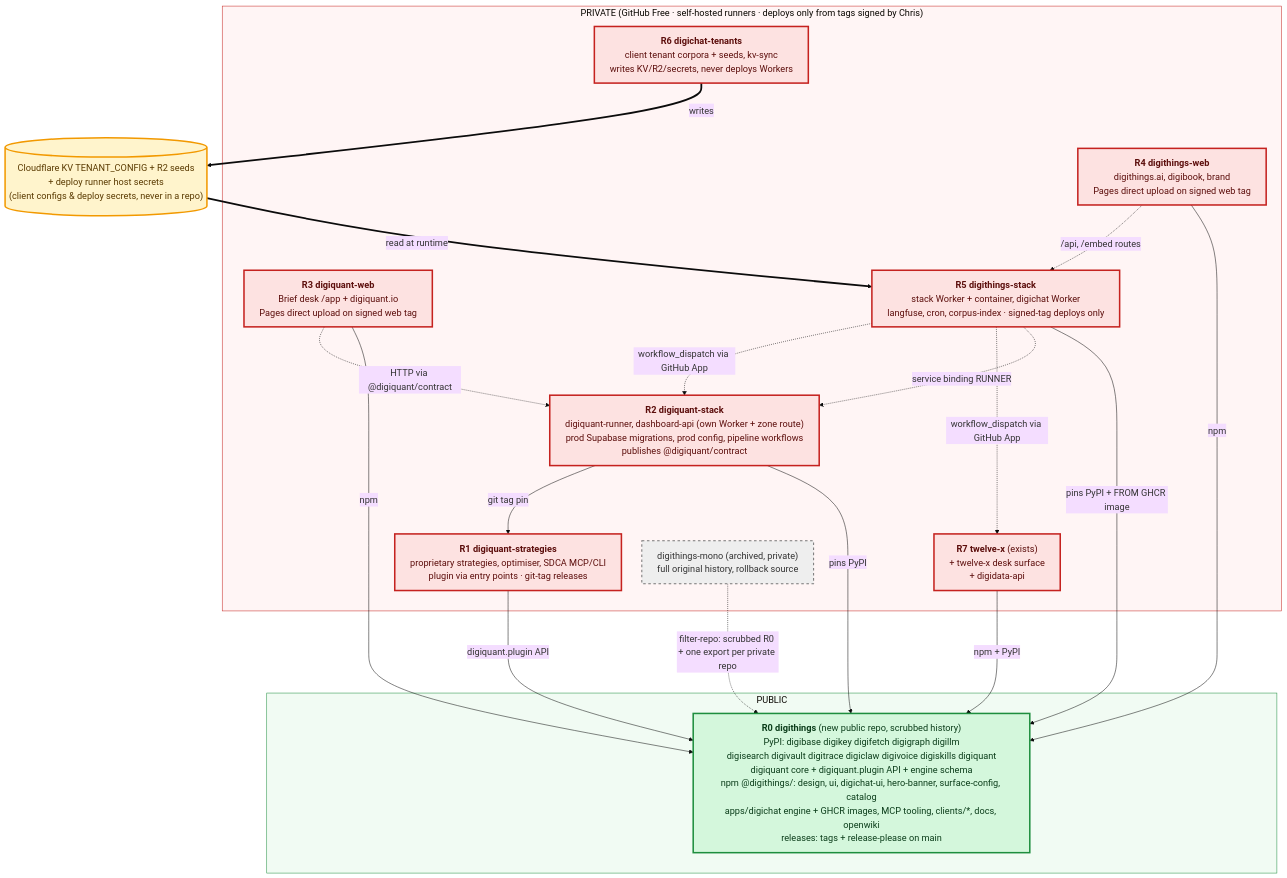
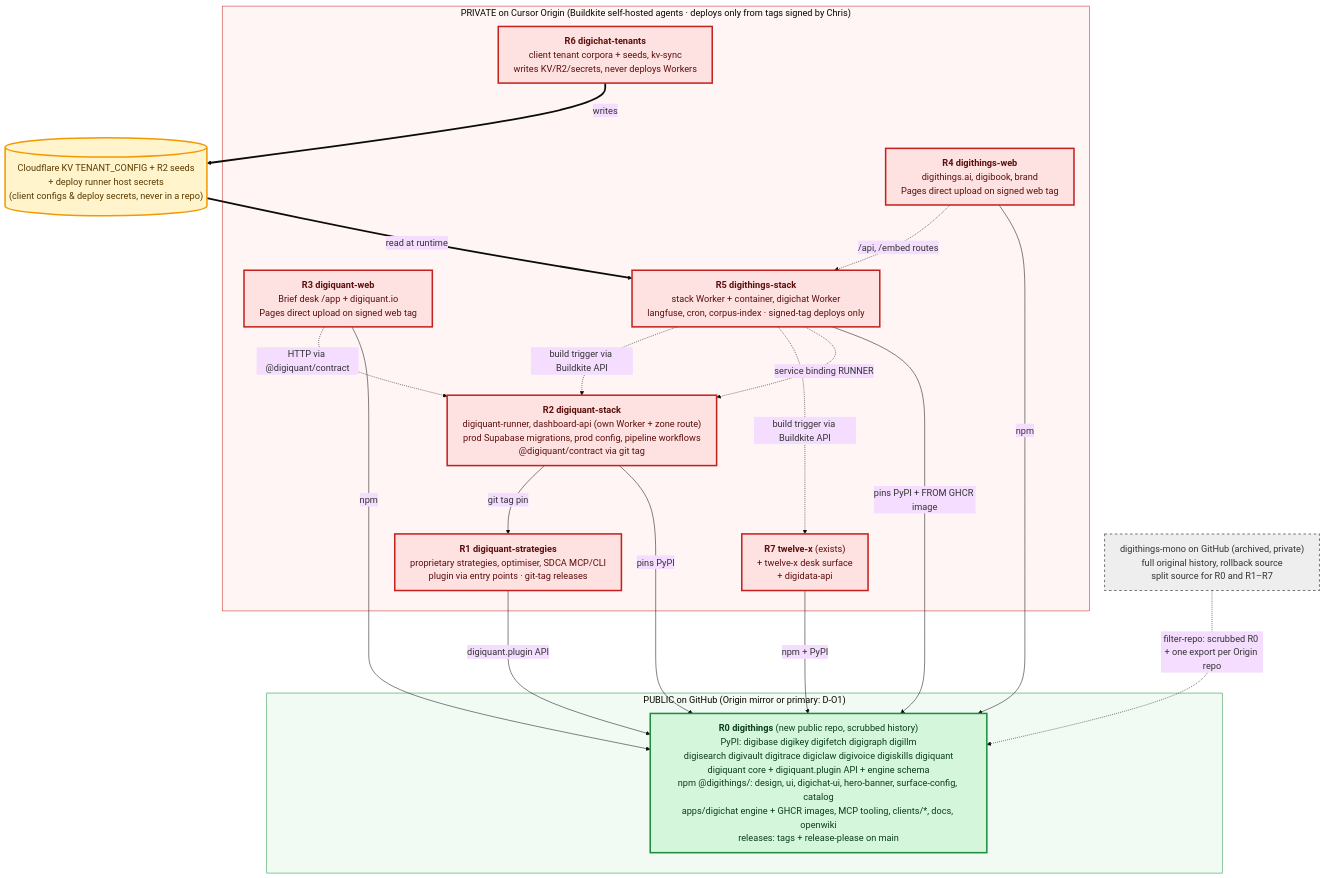
One commit to digithings-ai/digithings changed the diagram in docs/repo-split/repo-split.mmd. Above: the diagram before and after it, drawn with Mermaid. The commit also changed 5 other files, not shown here.

First line of the commit message:
docs(repo-split): fold Cursor Origin direction into review, plan and decisions (DIG-3518)

```diff
--- a/docs/repo-split/repo-split.mmd
+++ b/docs/repo-split/repo-split.mmd
@@ -1,40 +1,40 @@
 %%{init: {'theme':'base','themeVariables':{'fontSize':'18px'},'flowchart':{'curve':'basis','nodeSpacing':40,'rankSpacing':80,'wrappingWidth':600}}}%%
 flowchart TB
-  subgraph PUB["PUBLIC"]
+  subgraph PUB["PUBLIC on GitHub (Origin mirror or primary: D-O1)"]
     R0["<b>R0 digithings</b> (new public repo, scrubbed history)<br/>PyPI: digibase digikey digifetch digigraph digillm<br/>digisearch digivault digitrace digiclaw digivoice digiskills digiquant<br/>digiquant core + digiquant.plugin API + engine schema<br/>npm @digithings/: design, ui, digichat-ui, hero-banner, surface-config, catalog<br/>apps/digichat engine + GHCR images, MCP tooling, clients/*, docs, openwiki<br/>releases: tags + release-please on main"]
   end
-  subgraph PRIV["PRIVATE (GitHub Free · self-hosted runners · deploys only from tags signed by Chris)"]
+  subgraph PRIV["PRIVATE on Cursor Origin (Buildkite self-hosted agents · deploys only from tags signed by Chris)"]
     R1["<b>R1 digiquant-strategies</b><br/>proprietary strategies, optimiser, SDCA MCP/CLI<br/>plugin via entry points · git-tag releases"]
-    R2["<b>R2 digiquant-stack</b><br/>digiquant-runner, dashboard-api (own Worker + zone route)<br/>prod Supabase migrations, prod config, pipeline workflows<br/>publishes @digiquant/contract"]
+    R2["<b>R2 digiquant-stack</b><br/>digiquant-runner, dashboard-api (own Worker + zone route)<br/>prod Supabase migrations, prod config, pipeline workflows<br/>@digiquant/contract via git tag"]
     R3["<b>R3 digiquant-web</b><br/>Brief desk /app + digiquant.io<br/>Pages direct upload on signed web tag"]
     R4["<b>R4 digithings-web</b><br/>digithings.ai, digibook, brand<br/>Pages direct upload on signed web tag"]
     R5["<b>R5 digithings-stack</b><br/>stack Worker + container, digichat Worker<br/>langfuse, cron, corpus-index · signed-tag deploys only"]
     R6["<b>R6 digichat-tenants</b><br/>client tenant corpora + seeds, kv-sync<br/>writes KV/R2/secrets, never deploys Workers"]
     R7["<b>R7 twelve-x</b> (exists)<br/>+ twelve-x desk surface<br/>+ digidata-api"]
-    MONO["digithings-mono (archived, private)<br/>full original history, rollback source"]
   end
+  MONO["digithings-mono on GitHub (archived, private)<br/>full original history, rollback source<br/>split source for R0 and R1–R7"]
   KV[("Cloudflare KV TENANT_CONFIG + R2 seeds<br/>+ deploy runner host secrets<br/>(client configs &amp; deploy secrets, never in a repo)")]
 
   R1 -->|digiquant.plugin API| R0
   R2 -->|pins PyPI| R0
   R2 -->|git tag pin| R1
   R3 -->|npm| R0
   R4 -->|npm| R0
   R5 -->|pins PyPI + FROM GHCR image| R0
   R7 -->|npm + PyPI| R0
   R3 -.->|HTTP via @digiquant/contract| R2
   R4 -.->|/api, /embed routes| R5
   R5 -.->|service binding RUNNER| R2
-  R5 -.->|workflow_dispatch via GitHub App| R7
-  R5 -.->|workflow_dispatch via GitHub App| R2
+  R5 -.->|build trigger via Buildkite API| R7
+  R5 -.->|build trigger via Buildkite API| R2
   R6 ==>|writes| KV
   KV ==>|read at runtime| R5
-  MONO -.->|filter-repo: scrubbed R0 + one export per private repo| R0
+  MONO -.->|filter-repo: scrubbed R0 + one export per Origin repo| R0
 
   classDef pub fill:#d4f7dc,stroke:#1e8e3e,stroke-width:3px,color:#0b3d1a;
   classDef priv fill:#fde2e1,stroke:#c5221f,stroke-width:3px,color:#5c0e0c;
   classDef kv fill:#fff4cc,stroke:#f29900,stroke-width:3px,color:#5a3a00;
   classDef arch fill:#eeeeee,stroke:#777777,stroke-width:2px,color:#333333,stroke-dasharray: 5 5;
   class R0 pub; class R1,R2,R3,R4,R5,R6,R7 priv; class KV kv; class MONO arch;
   style PUB fill:#f1fbf3,stroke:#1e8e3e
   style PRIV fill:#fff5f5,stroke:#c5221f
```
